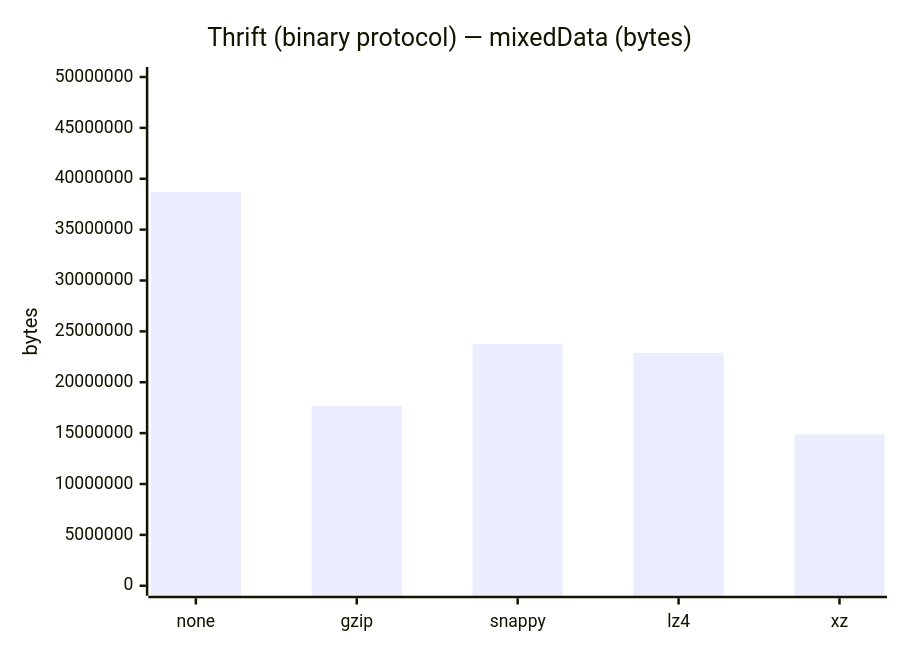
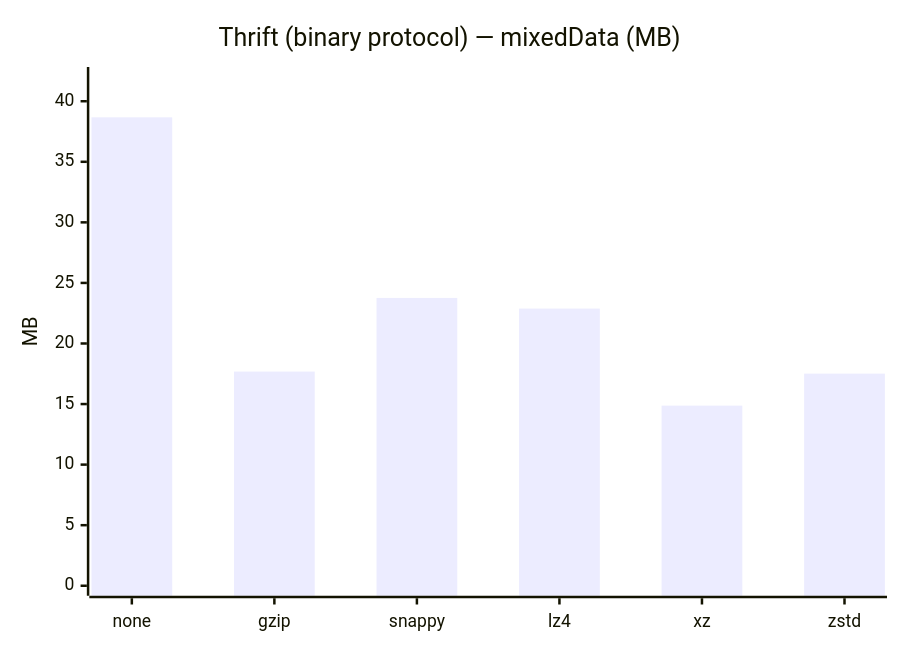
Before and after one commit to nryanov/SerializationBenchmark: the tenth of 33 diagrams in results/2026/file-sizes.md, drawn with Mermaid. The commit also changed other lines of this file, not shown here.

Commit message:
doc: update file size charts

````diff
--- a/results/2026/file-sizes.md
+++ b/results/2026/file-sizes.md
@@ -139,8 +139,8 @@
 ```mermaid
-%%{init: {"config": {"xyChart": {"width": 525, "height": 360}}}}%%
+%%{init: {"config": {"xyChart": {"width": 610, "height": 360}}}}%%
 xychart-beta
-    title "Thrift (binary protocol) — mixedData (bytes)"
-    x-axis ["none", "gzip", "snappy", "lz4", "xz"]
-    y-axis "bytes" 0 --> 50000000
-    bar [38673152, 17677927, 23759227, 22880908, 14869400]
+    title "Thrift (binary protocol) — mixedData (MB)"
+    x-axis ["none", "gzip", "snappy", "lz4", "xz", "zstd"]
+    y-axis "MB" 0 --> 42
+    bar [38.67, 17.68, 23.76, 22.88, 14.87, 17.51]
 ```
````
